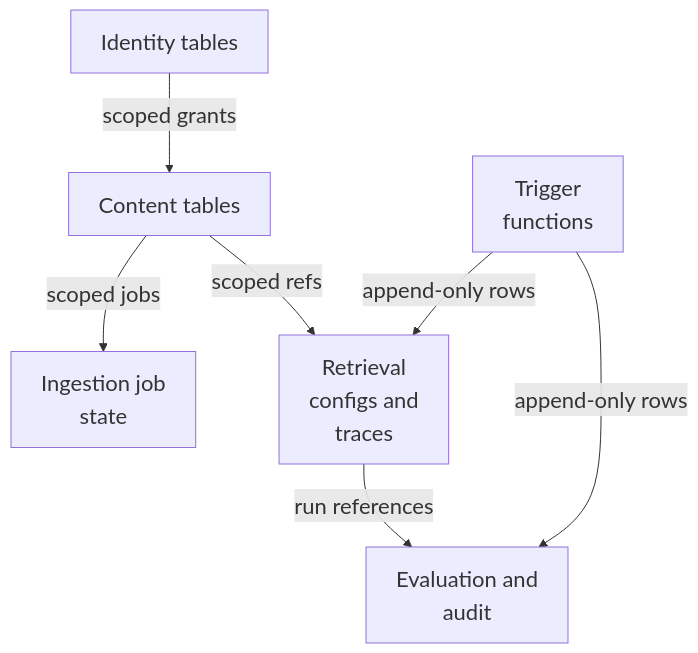
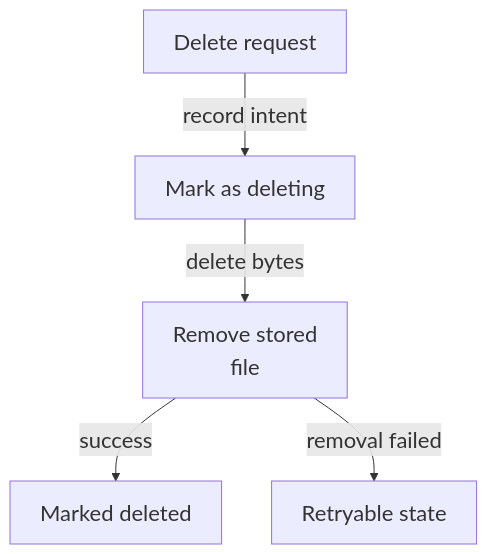
Before and after one commit to Justin-Mendoza/Afterclass: the diagram in maps/foundation/diagram-02.mmd, drawn with Mermaid. The commit also changed 91 other files, not shown here.

```diff
--- a/maps/foundation/diagram-02.mmd
+++ b/maps/foundation/diagram-02.mmd
@@ -1,14 +1,11 @@
 %%{init: {"themeVariables": {"fontSize": "22px"}}}%%
 flowchart TD
-  n0["Identity tables"]
-  n1["Content tables"]
-  n2["Ingestion job<br/>state"]
-  n3["Retrieval<br/>configs and<br/>traces"]
-  n4["Evaluation and<br/>audit"]
-  n5["Trigger<br/>functions"]
-  n0 -->|"scoped grants"| n1
-  n1 -->|"scoped jobs"| n2
-  n1 -->|"scoped refs"| n3
-  n3 -->|"run references"| n4
-  n5 -->|"append-only rows"| n3
-  n5 -->|"append-only rows"| n4
+  n0["Delete request"]
+  n1["Mark as deleting"]
+  n2["Remove stored<br/>file"]
+  n3["Marked deleted"]
+  n4["Retryable state"]
+  n0 -->|"record intent"| n1
+  n1 -->|"delete bytes"| n2
+  n2 -->|"success"| n3
+  n2 -->|"removal failed"| n4
```
